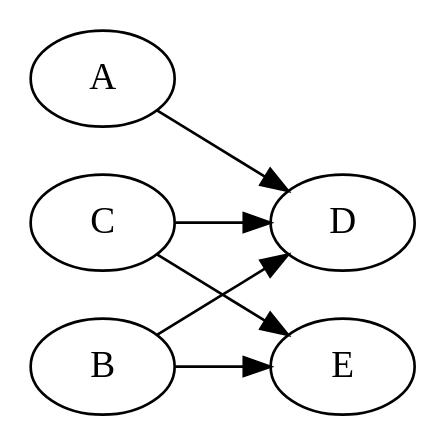
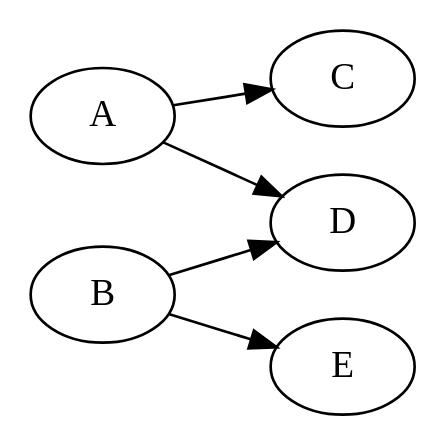
One commit to raggleton/PythiaPlotter changed the diagram in notebook/node_orig.gv. Above: the diagram before and after it, drawn with Graphviz. The commit also changed 6 other files, not shown here.

```diff
--- a/notebook/node_orig.gv
+++ b/notebook/node_orig.gv
@@ -1,9 +1,8 @@
 digraph g {
     rankdir="LR";
+    A -> C;
     A -> D;
     B -> D;
     B -> E;
-    C -> D;
-    C -> E;
 
 }
```
